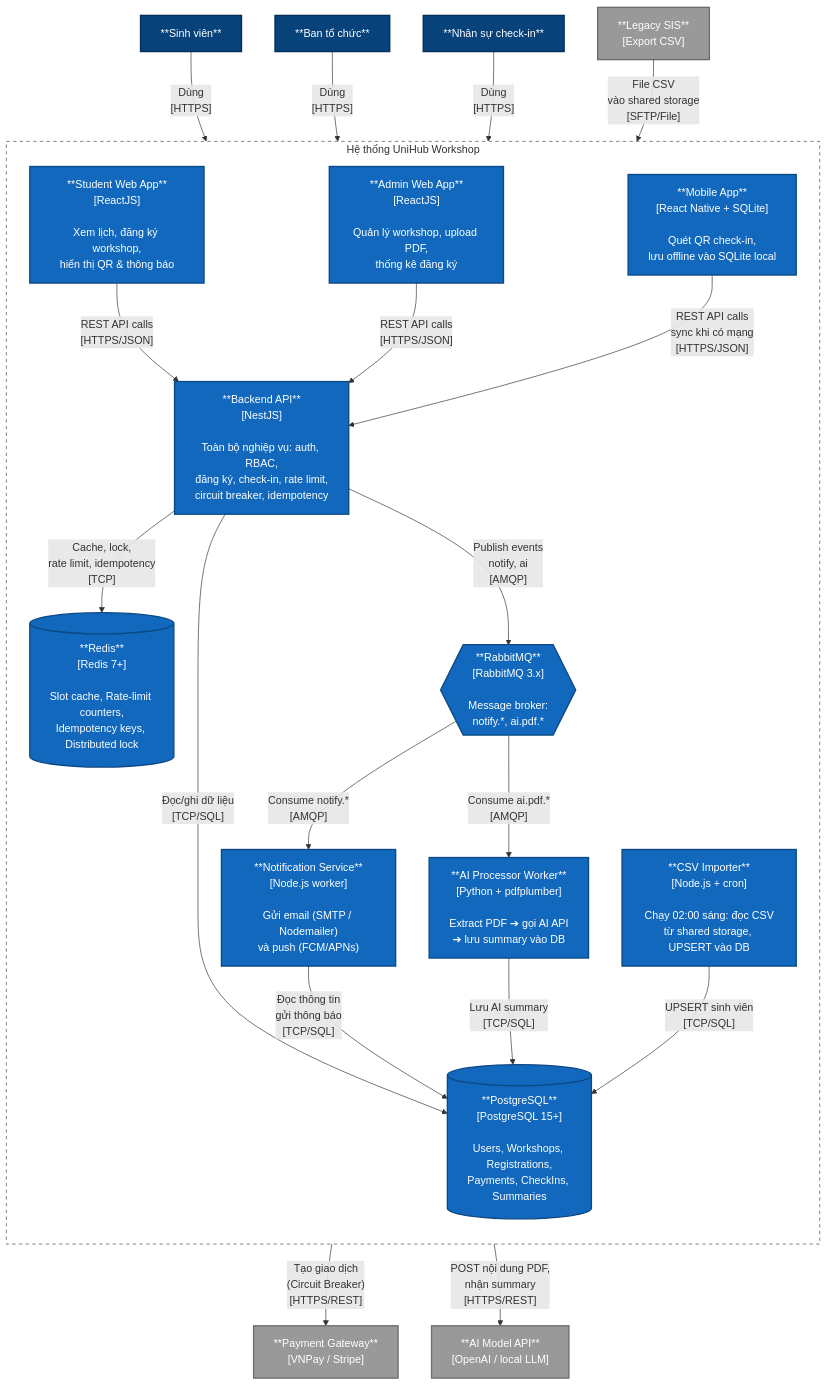
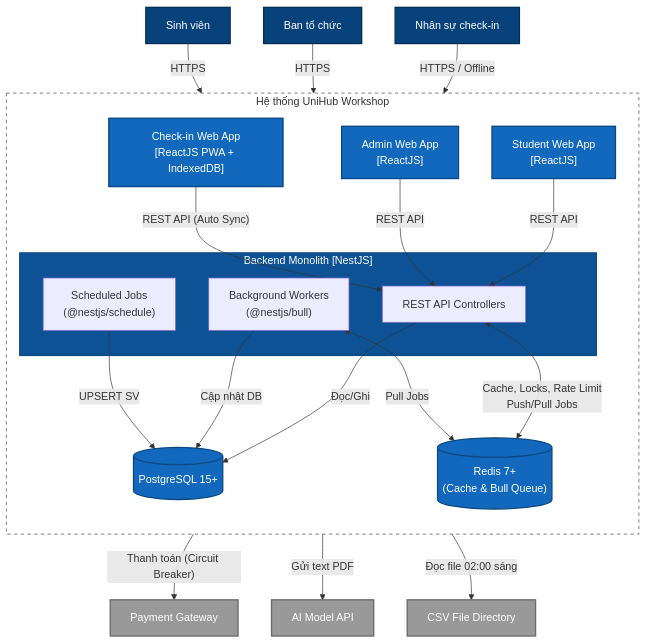
The second of 6 diagrams in blueprint/design.md (tqthienda1/UniHub), drawn with Mermaid before and after one commit. The commit also changed other lines of this file, not shown here.

````diff
--- a/blueprint/design.md
+++ b/blueprint/design.md
@@ -144,64 +138,54 @@
 ```mermaid
     flowchart TD
-        %% Định nghĩa bảng màu mô phỏng chuẩn C4
         classDef person fill:#08427B,stroke:#052E56,color:#FFFFFF,stroke-width:2px
         classDef container fill:#1168BD,stroke:#0B4884,color:#FFFFFF,stroke-width:2px
         classDef external fill:#999999,stroke:#6B6B6B,color:#FFFFFF,stroke-width:2px
 
-        %% Các hệ thống bên ngoài
-        payment["**Payment Gateway**<br/>[VNPay / Stripe]"]:::external
-        ai_api["**AI Model API**<br/>[OpenAI / local LLM]"]:::external
-        legacy_sis["**Legacy SIS**<br/>[Export CSV]"]:::external
+        payment["Payment Gateway"]:::external
+        ai_api["AI Model API"]:::external
+        csv_file["CSV File Directory"]:::external
 
-        %% Người dùng (Sử dụng hình chữ nhật thay cho icon người)
-        student["**Sinh viên**"]:::person
-        organizer["**Ban tổ chức**"]:::person
-        checkin_staff["**Nhân sự check-in**"]:::person
+        student["Sinh viên"]:::person
+        organizer["Ban tổ chức"]:::person
+        checkin_staff["Nhân sự check-in"]:::person
 
-        %% Ranh giới Hệ thống (System Boundary)
         subgraph unihub_boundary ["Hệ thống UniHub Workshop"]
             direction TB
 
-            web_student["**Student Web App**<br/>[ReactJS]<br/><br/>Xem lịch, đăng ký workshop,<br/>hiển thị QR & thông báo"]:::container
-            web_admin["**Admin Web App**<br/>[ReactJS]<br/><br/>Quản lý workshop, upload PDF,<br/>thống kê đăng ký"]:::container
-            mobile_app["**Mobile App**<br/>[React Native + SQLite]<br/><br/>Quét QR check-in,<br/>lưu offline vào SQLite local"]:::container
+            web_student["Student Web App\n[ReactJS]"]:::container
+            web_admin["Admin Web App\n[ReactJS]"]:::container
+            web_checkin["Check-in Web App\n[ReactJS PWA + IndexedDB]"]:::container
 
-            backend_api["**Backend API**<br/>[NestJS]<br/><br/>Toàn bộ nghiệp vụ: auth, RBAC,<br/>đăng ký, check-in, rate limit,<br/>circuit breaker, idempotency"]:::container
+            subgraph backend_monolith ["Backend Monolith [NestJS]"]
+                api_layer["REST API Controllers"]
+                bull_worker["Background Workers\n(@nestjs/bull)"]
+                cron_job["Scheduled Jobs\n(@nestjs/schedule)"]
+            end
 
-            postgres[("**PostgreSQL**<br/>[PostgreSQL 15+]<br/><br/>Users, Workshops, Registrations,<br/>Payments, CheckIns, Summaries")]:::container
-            redis[("**Redis**<br/>[Redis 7+]<br/><br/>Slot cache, Rate-limit counters,<br/>Idempotency keys, Distributed lock")]:::container
+            backend_monolith:::container
 
-            broker{{"**RabbitMQ**<br/>[RabbitMQ 3.x]<br/><br/>Message broker:<br/>notify.*, ai.pdf.*"}}:::container
-
-            notif_svc["**Notification Service**<br/>[Node.js worker]<br/><br/>Gửi email (SMTP / Nodemailer)<br/>và push (FCM/APNs)"]:::container
-            ai_worker["**AI Processor Worker**<br/>[Python + pdfplumber]<br/><br/>Extract PDF ➔ gọi AI API<br/>➔ lưu summary vào DB"]:::container
-            csv_importer["**CSV Importer**<br/>[Node.js + cron]<br/><br/>Chạy 02:00 sáng: đọc CSV<br/>từ shared storage, UPSERT vào DB"]:::container
+            postgres[("PostgreSQL 15+")]:::container
+            redis[("Redis 7+\n(Cache & Bull Queue)")]:::container
         end
 
-        %% Các luồng tương tác (Bao gồm cả giao thức)
-        student -->|"Dùng<br/>[HTTPS]"| web_student
-        organizer -->|"Dùng<br/>[HTTPS]"| web_admin
-        checkin_staff -->|"Dùng<br/>[HTTPS]"| mobile_app
+        student -->|"HTTPS"| web_student
+        organizer -->|"HTTPS"| web_admin
+        checkin_staff -->|"HTTPS / Offline"| web_checkin
 
-        web_student -->|"REST API calls<br/>[HTTPS/JSON]"| backend_api
-        web_admin -->|"REST API calls<br/>[HTTPS/JSON]"| backend_api
-        mobile_app -->|"REST API calls<br/>sync khi có mạng<br/>[HTTPS/JSON]"| backend_api
+        web_student -->|"REST API"| api_layer
+        web_admin -->|"REST API"| api_layer
+        web_checkin -->|"REST API (Auto Sync)"| api_layer
 
-        backend_api -->|"Đọc/ghi dữ liệu<br/>[TCP/SQL]"| postgres
-        backend_api -->|"Cache, lock,<br/>rate limit, idempotency<br/>[TCP]"| redis
-        backend_api -->|"Publish events<br/>notify, ai<br/>[AMQP]"| broker
-        backend_api -->|"Tạo giao dịch<br/>(Circuit Breaker)<br/>[HTTPS/REST]"| payment
+        api_layer -->|"Đọc/Ghi"| postgres
+        api_layer <-->|"Cache, Locks, Rate Limit\nPush/Pull Jobs"| redis
+        bull_worker <-->|"Pull Jobs"| redis
+        bull_worker -->|"Cập nhật DB"| postgres
+        cron_job -->|"UPSERT SV"| postgres
 
-        broker -->|"Consume notify.*<br/>[AMQP]"| notif_svc
-        broker -->|"Consume ai.pdf.*<br/>[AMQP]"| ai_worker
+        api_layer -->|"Thanh toán (Circuit Breaker)"| payment
+        bull_worker -->|"Gửi text PDF"| ai_api
+        cron_job -->|"Đọc file 02:00 sáng"| csv_file
 
-        notif_svc -->|"Đọc thông tin<br/>gửi thông báo<br/>[TCP/SQL]"| postgres
-        ai_worker -->|"POST nội dung PDF,<br/>nhận summary<br/>[HTTPS/REST]"| ai_api
-        ai_worker -->|"Lưu AI summary<br/>[TCP/SQL]"| postgres
-        csv_importer -->|"UPSERT sinh viên<br/>[TCP/SQL]"| postgres
-
-        legacy_sis -->|"File CSV<br/>vào shared storage<br/>[SFTP/File]"| csv_importer
-
-        %% Định dạng nét đứt cho viền hệ thống (Boundary)
         style unihub_boundary fill:none,stroke:#444444,stroke-width:1px,stroke-dasharray: 5 5
+        style backend_monolith fill:#0d5295,stroke:#0b4884,color:#fff,stroke-width:2px
 ```
````
